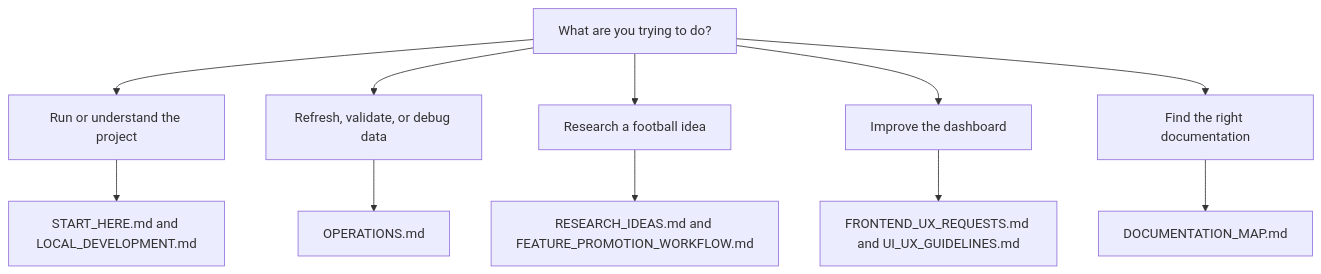
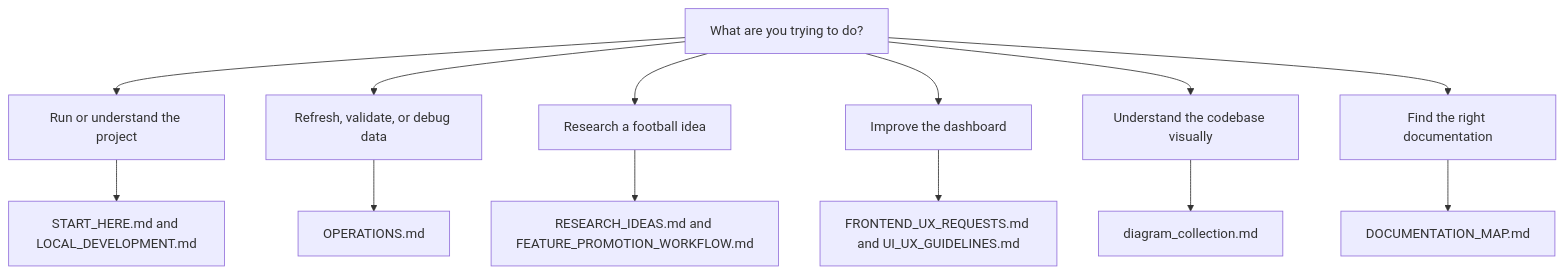
One commit to humphrey-nyanzi/upl-lens changed the diagram in docs/DOCUMENTATION_MAP.md. Above: the diagram before and after it, drawn with Mermaid. The commit also changed other lines of this file and 22 other files, not shown here.

Commit message:
Add operations diagrams and staging validation guard

````diff
--- a/docs/DOCUMENTATION_MAP.md
+++ b/docs/DOCUMENTATION_MAP.md
@@ -12,15 +12,17 @@
 ```mermaid
 flowchart TD
     A["What are you trying to do?"]
     A --> B["Run or understand the project"]
     A --> C["Refresh, validate, or debug data"]
     A --> D["Research a football idea"]
     A --> E["Improve the dashboard"]
-    A --> F["Find the right documentation"]
+    A --> F["Understand the codebase visually"]
+    A --> G["Find the right documentation"]
 
     B --> B1["START_HERE.md and LOCAL_DEVELOPMENT.md"]
     C --> C1["OPERATIONS.md"]
     D --> D1["RESEARCH_IDEAS.md and FEATURE_PROMOTION_WORKFLOW.md"]
     E --> E1["FRONTEND_UX_REQUESTS.md and UI_UX_GUIDELINES.md"]
-    F --> F1["DOCUMENTATION_MAP.md"]
+    F --> F1["diagram_collection.md"]
+    G --> G1["DOCUMENTATION_MAP.md"]
 ```
````
